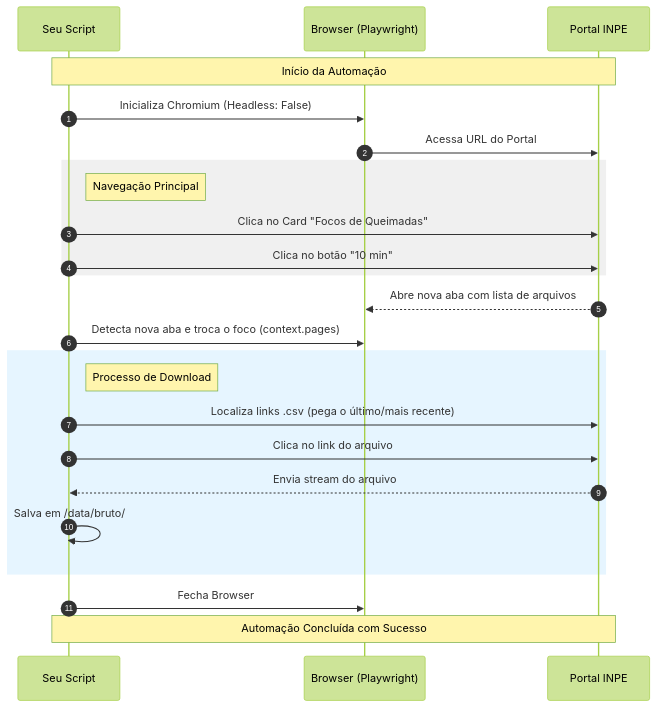
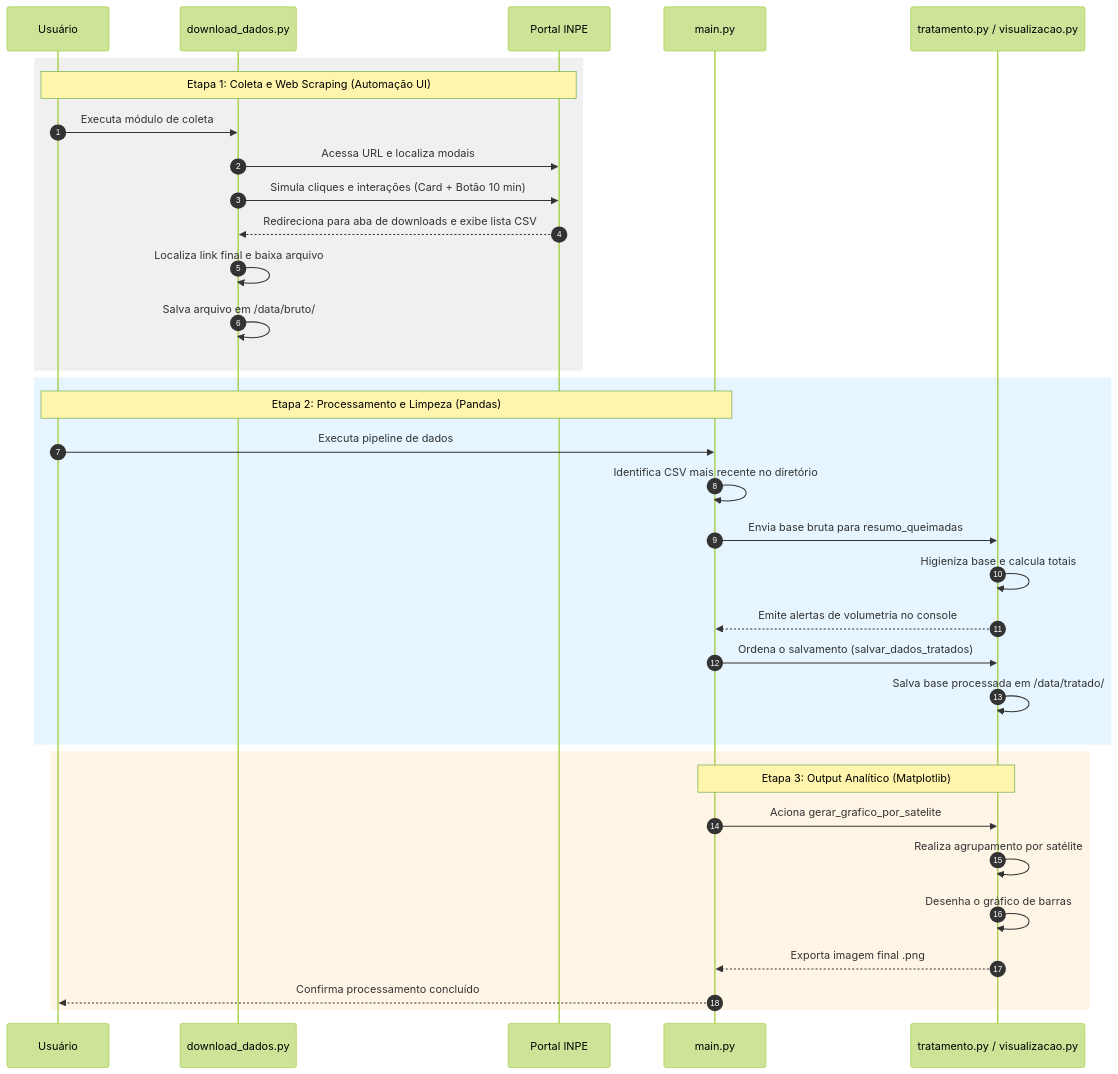
One commit to biinahc/monitoramento_queimadas changed the diagram in fluxograma.md. Above: the diagram before and after it, drawn with Mermaid (forest theme). The commit also changed other lines of this file and 3 other files, not shown here.

````diff
--- a/fluxograma.md
+++ b/fluxograma.md
@@ -3,31 +3,39 @@
 ```mermaid
 sequenceDiagram
     autonumber
-    participant S as Seu Script
-    participant B as Browser (Playwright)
+    participant U as Usuário
+    participant D as download_dados.py
     participant P as Portal INPE
+    participant M as main.py
+    participant T as tratamento.py / visualizacao.py
 
-    Note over S, P: Início da Automação
-    S->>B: Inicializa Chromium (Headless: False)
-    B->>P: Acessa URL do Portal
-    
     rect rgb(240, 240, 240)
-        Note right of S: Navegação Principal
-        S->>P: Clica no Card "Focos de Queimadas"
-        S->>P: Clica no botão "10 min"
+        Note over U, P: Etapa 1: Coleta e Web Scraping (Automação UI)
+        U->>D: Executa módulo de coleta
+        D->>P: Acessa URL e localiza modais
+        D->>P: Simula cliques e interações (Card + Botão 10 min)
+        P-->>D: Redireciona para aba de downloads e exibe lista CSV
+        D->>D: Localiza link final e baixa arquivo
+        D->>D: Salva arquivo em /data/bruto/
     end
 
-    P-->>B: Abre nova aba com lista de arquivos
-    S->>B: Detecta nova aba e troca o foco (context.pages)
-
     rect rgb(230, 245, 255)
-        Note right of S: Processo de Download
-        S->>P: Localiza links .csv (pega o último/mais recente)
-        S->>P: Clica no link do arquivo
-        P-->>S: Envia stream do arquivo
-        S->>S: Salva em /data/bruto/
+        Note over U, M: Etapa 2: Processamento e Limpeza (Pandas)
+        U->>M: Executa pipeline de dados
+        M->>M: Identifica CSV mais recente no diretório
+        M->>T: Envia base bruta para resumo_queimadas
+        T->>T: Higieniza base e calcula totais
+        T-->>M: Emite alertas de volumetria no console
+        M->>T: Ordena o salvamento (salvar_dados_tratados)
+        T->>T: Salva base processada em /data/tratado/
     end
 
-    S->>B: Fecha Browser
-    Note over S, P: Automação Concluída com Sucesso
+    rect rgb(255, 245, 230)
+        Note over M, T: Etapa 3: Output Analítico (Matplotlib)
+        M->>T: Aciona gerar_grafico_por_satelite
+        T->>T: Realiza agrupamento por satélite
+        T->>T: Desenha o gráfico de barras
+        T-->>M: Exporta imagem final .png
+        M-->>U: Confirma processamento concluído
+    end
 ```
````
